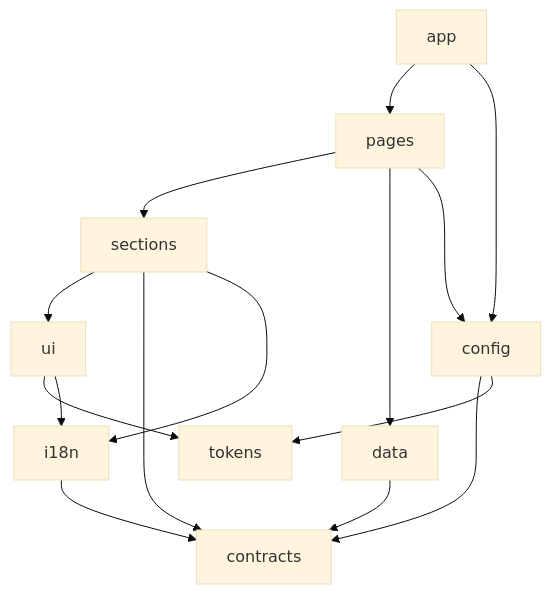
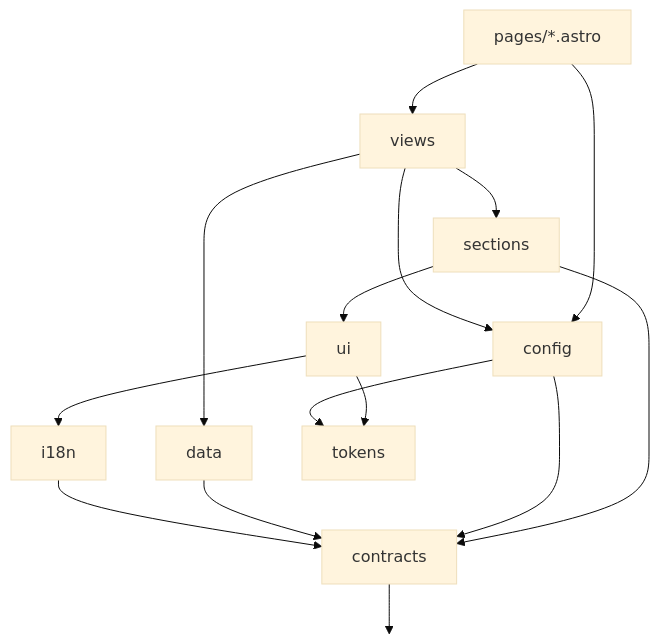
Before and after one commit to mahfuz-alam-shohan/freeducation: the diagram in docs/ARCHITECTURE.md, drawn with Mermaid (base theme). The commit also changed other lines of this file and 83 other files, not shown here.

````diff
--- a/docs/ARCHITECTURE.md
+++ b/docs/ARCHITECTURE.md
@@ -163,19 +64,18 @@
 ```mermaid
 graph TD
-    contracts[contracts]
-    tokens[tokens]
-    i18n[i18n] --> contracts
-    data[data] --> contracts
-    config[config] --> contracts
+    contracts --> nothing[ ]
+    style nothing display:none
+    i18n --> contracts
+    data --> contracts
+    config --> contracts
     config --> tokens
-    ui[ui] --> tokens
+    ui --> tokens
     ui --> i18n
-    sections[sections] --> ui
+    sections --> ui
     sections --> contracts
-    sections --> i18n
-    pages[pages] --> sections
-    pages --> data
-    pages --> config
-    app[app] --> pages
-    app --> config
+    views --> sections
+    views --> data
+    views --> config
+    routes[pages/*.astro] --> views
+    routes --> config
 ```
````
